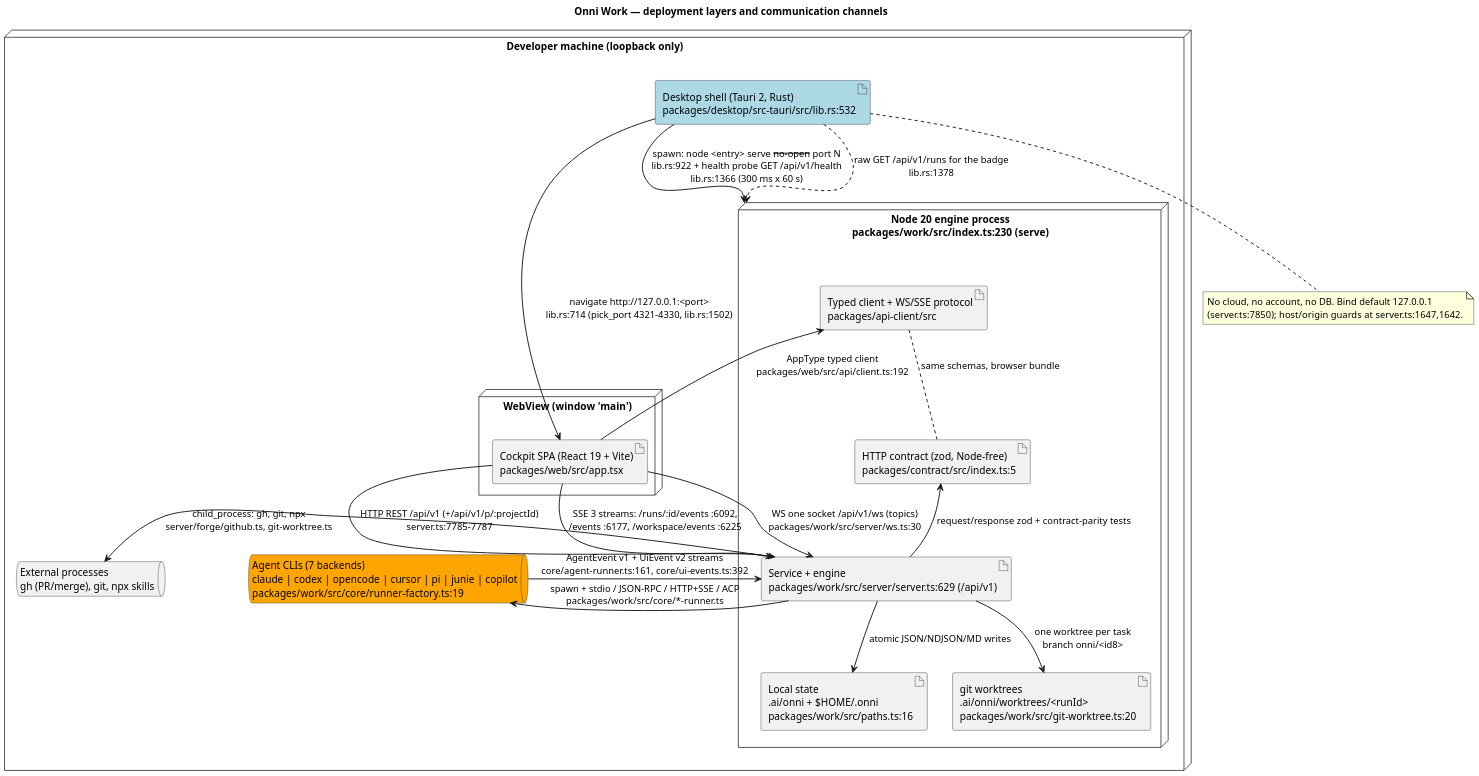
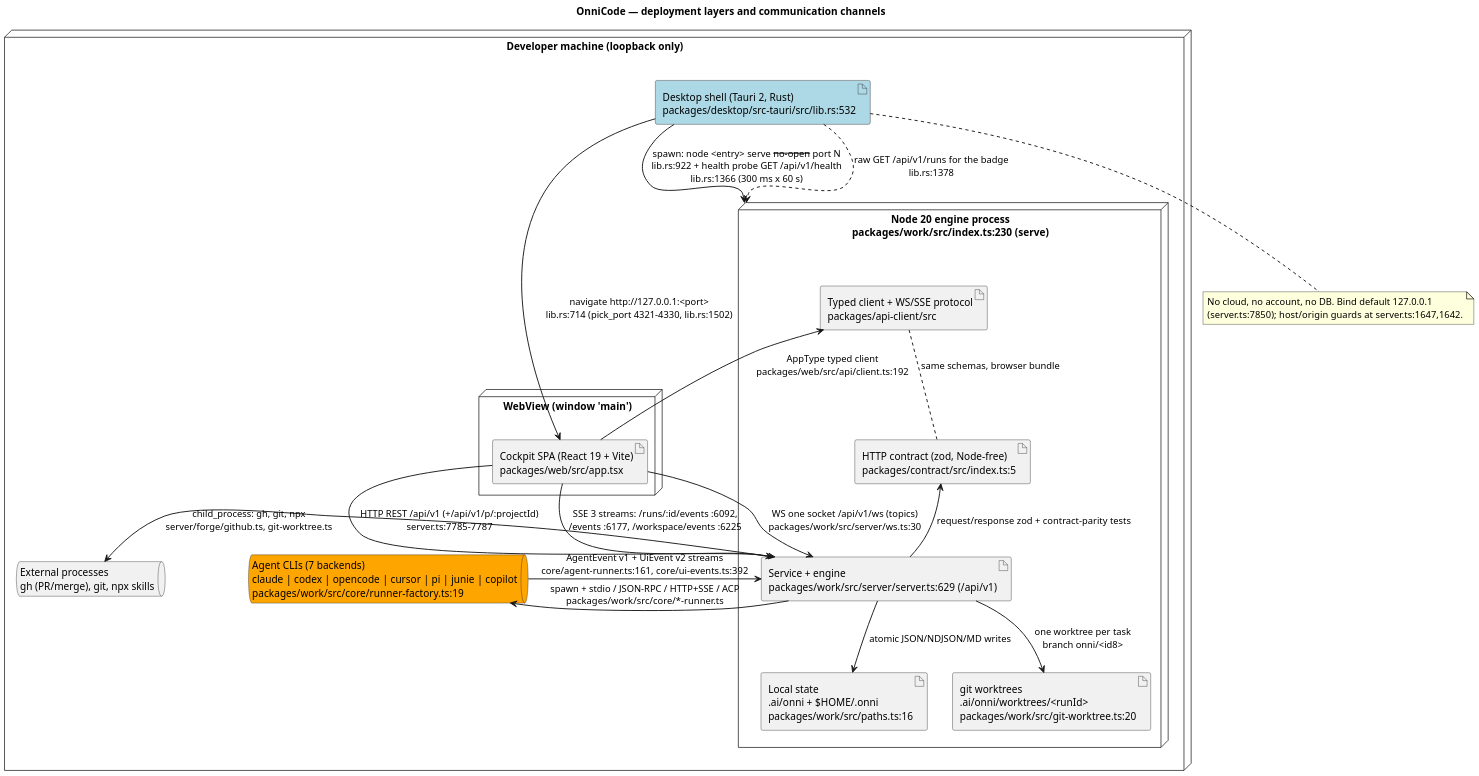
The diagram in docs/architecture/01-layers.puml (doantuan22/Onni_Work), drawn with PlantUML before and after one commit. The commit also changed 38 other files, not shown here.

Commit message:
feat(brand): rename the visible app name to OnniCode

```diff
--- a/docs/architecture/01-layers.puml
+++ b/docs/architecture/01-layers.puml
@@ -1,51 +1,51 @@
 @startuml 01-layers
-' Onni Work — deployment layers. Built from code only (2026-10-30).
+' OnniCode — deployment layers. Built from code only (2026-10-30).
 skinparam defaultFontName "Segoe UI"
 skinparam dpi 150
 skinparam componentStyle rectangle
 skinparam packageStyle rectangle
 skinparam ArrowThickness 1.3
 skinparam ActorFontStyle bold
-title Onni Work — deployment layers and communication channels
+title OnniCode — deployment layers and communication channels
 
 node "Developer machine (loopback only)" {
   artifact "Desktop shell (Tauri 2, Rust)\npackages/desktop/src-tauri/src/lib.rs:532" as DESKTOP #LightBlue
 
   node "WebView (window 'main')" {
     artifact "Cockpit SPA (React 19 + Vite)\npackages/web/src/app.tsx" as WEB
   }
 
   node "Node 20 engine process\npackages/work/src/index.ts:230 (serve)" as ENGPROC {
     artifact "Service + engine\npackages/work/src/server/server.ts:629 (/api/v1)" as SERVER
     artifact "HTTP contract (zod, Node-free)\npackages/contract/src/index.ts:5" as CONTRACT
     artifact "Typed client + WS/SSE protocol\npackages/api-client/src" as APICLIENT
     artifact "Local state\n.ai/onni + $HOME/.onni\npackages/work/src/paths.ts:16" as STATE
     artifact "git worktrees\n.ai/onni/worktrees/<runId>\npackages/work/src/git-worktree.ts:20" as WT
   }
 
   queue "Agent CLIs (7 backends)\nclaude | codex | opencode | cursor | pi | junie | copilot\npackages/work/src/core/runner-factory.ts:19" as AGENTS #Orange
   queue "External processes\ngh (PR/merge), git, npx skills" as GH
 }
 
 DESKTOP -right-> WEB : "navigate http://127.0.0.1:<port>\nlib.rs:714 (pick_port 4321-4330, lib.rs:1502)"
 DESKTOP -down-> ENGPROC : "spawn: node <entry> serve --no-open --port N\nlib.rs:922 + health probe GET /api/v1/health\nlib.rs:1366 (300 ms x 60 s)"
 DESKTOP ..> ENGPROC : "raw GET /api/v1/runs for the badge\nlib.rs:1378"
 
 WEB -down-> SERVER : "HTTP REST /api/v1 (+/api/v1/p/:projectId)\nserver.ts:7785-7787"
 WEB -down-> SERVER : "SSE 3 streams: /runs/:id/events :6092,\n/events :6177, /workspace/events :6225"
 WEB -down-> SERVER : "WS one socket /api/v1/ws (topics)\npackages/work/src/server/ws.ts:30"
 SERVER -up-> CONTRACT : "request/response zod + contract-parity tests"
 WEB -up-> APICLIENT : "AppType typed client\npackages/web/src/api/client.ts:192"
 APICLIENT .. CONTRACT : "same schemas, browser bundle"
 
 SERVER -down-> STATE : "atomic JSON/NDJSON/MD writes"
 SERVER -down-> WT : "one worktree per task\nbranch onni/<id8>"
 SERVER -right-> AGENTS : "spawn + stdio / JSON-RPC / HTTP+SSE / ACP\npackages/work/src/core/*-runner.ts"
 AGENTS -left-> SERVER : "AgentEvent v1 + UiEvent v2 streams\ncore/agent-runner.ts:161, core/ui-events.ts:392"
 SERVER -right-> GH : "child_process: gh, git, npx\nserver/forge/github.ts, git-worktree.ts"
 
 note bottom of DESKTOP
   No cloud, no account, no DB. Bind default 127.0.0.1
   (server.ts:7850); host/origin guards at server.ts:1647,1642.
 end note
 @enduml
```
